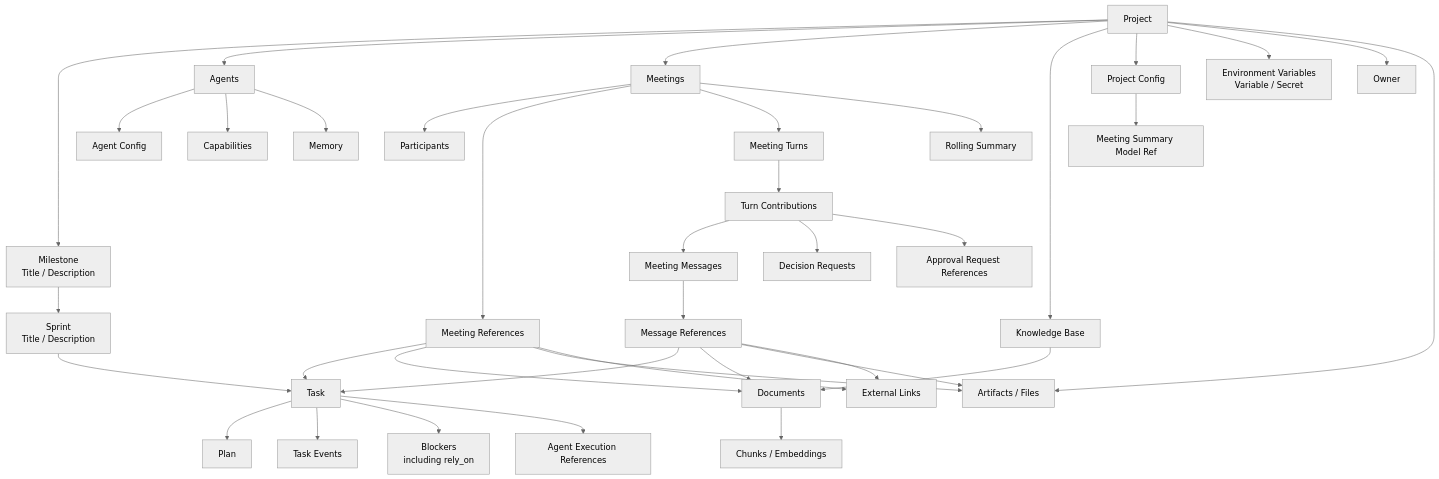
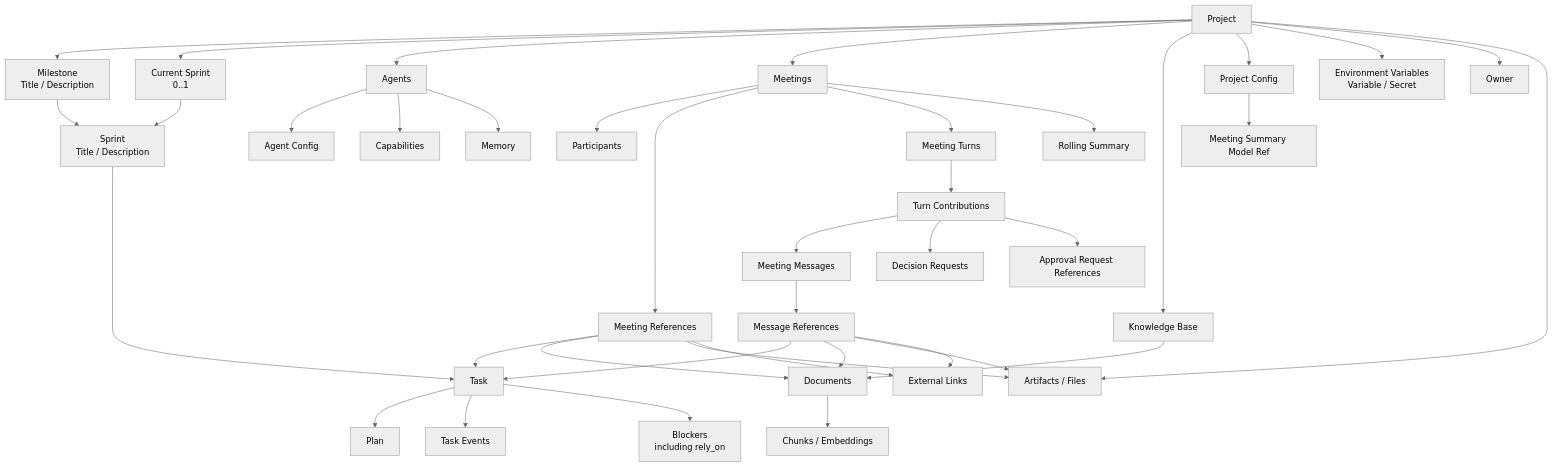
One commit to LunaDeerTech/agenteam changed the first of 3 diagrams in docs/architecture/project-work-management/README.md. Above: the diagram before and after it, drawn with Mermaid (neutral theme). The commit also changed other lines of this file and 10 other files, not shown here.

````diff
--- a/docs/architecture/project-work-management/README.md
+++ b/docs/architecture/project-work-management/README.md
@@ -23,48 +27,49 @@
 ```mermaid
 flowchart TB
     Project["Project"]
 
     Project --> Milestone["Milestone<br/>Title / Description"]
     Milestone --> Sprint["Sprint<br/>Title / Description"]
     Sprint --> Task["Task"]
+    Project --> CurrentSprint["Current Sprint<br/>0..1"]
+    CurrentSprint --> Sprint
 
     Project --> Agent["Agents"]
     Project --> Meeting["Meetings"]
     Project --> KB["Knowledge Base"]
     Project --> Config["Project Config"]
     Project --> EnvVars["Environment Variables<br/>Variable / Secret"]
     Project --> Owner["Owner"]
 
     Task --> Plan["Plan"]
     Task --> Events["Task Events"]
     Task --> Blockers["Blockers<br/>including rely_on"]
-    Task --> AgentExecutions["Agent Execution References"]
 
     Meeting --> Participants["Participants"]
     Meeting --> MeetingRefs["Meeting References"]
     Meeting --> Turns["Meeting Turns"]
     Turns --> Contributions["Turn Contributions"]
     Contributions --> Messages["Meeting Messages"]
     Messages --> MessageRefs["Message References"]
     Contributions --> DecisionReq["Decision Requests"]
     Contributions --> ApprovalRefs["Approval Request References"]
     Meeting --> Summary["Rolling Summary"]
 
     Agent --> AgentConfig["Agent Config"]
     Agent --> Capability["Capabilities"]
     Agent --> Memory["Memory"]
     Config --> MeetingSummaryModel["Meeting Summary Model Ref"]
 
     KB --> Documents["Documents"]
     Project --> Artifacts["Artifacts / Files"]
     Links["External Links"]
     MeetingRefs --> Task
     MeetingRefs --> Documents
     MeetingRefs --> Artifacts
     MeetingRefs --> Links
     MessageRefs --> Task
     MessageRefs --> Documents
     MessageRefs --> Artifacts
     MessageRefs --> Links
     Documents --> Chunks["Chunks / Embeddings"]
 ```
````
